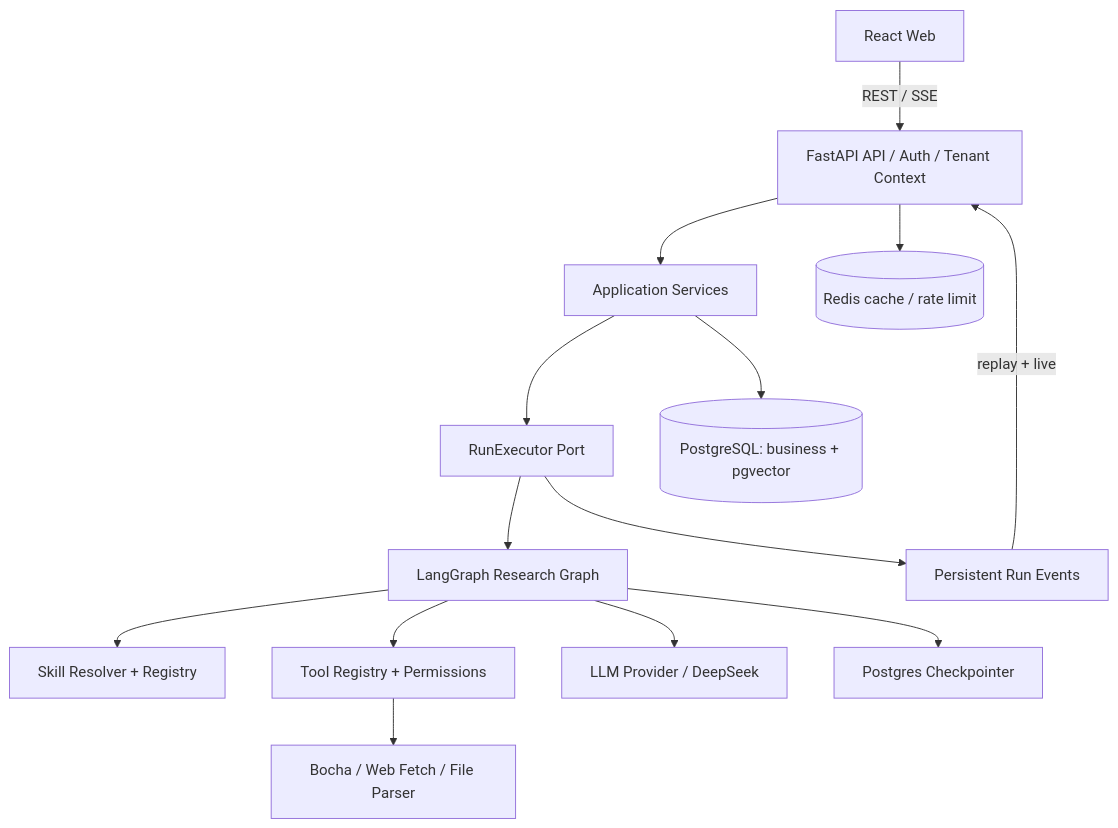
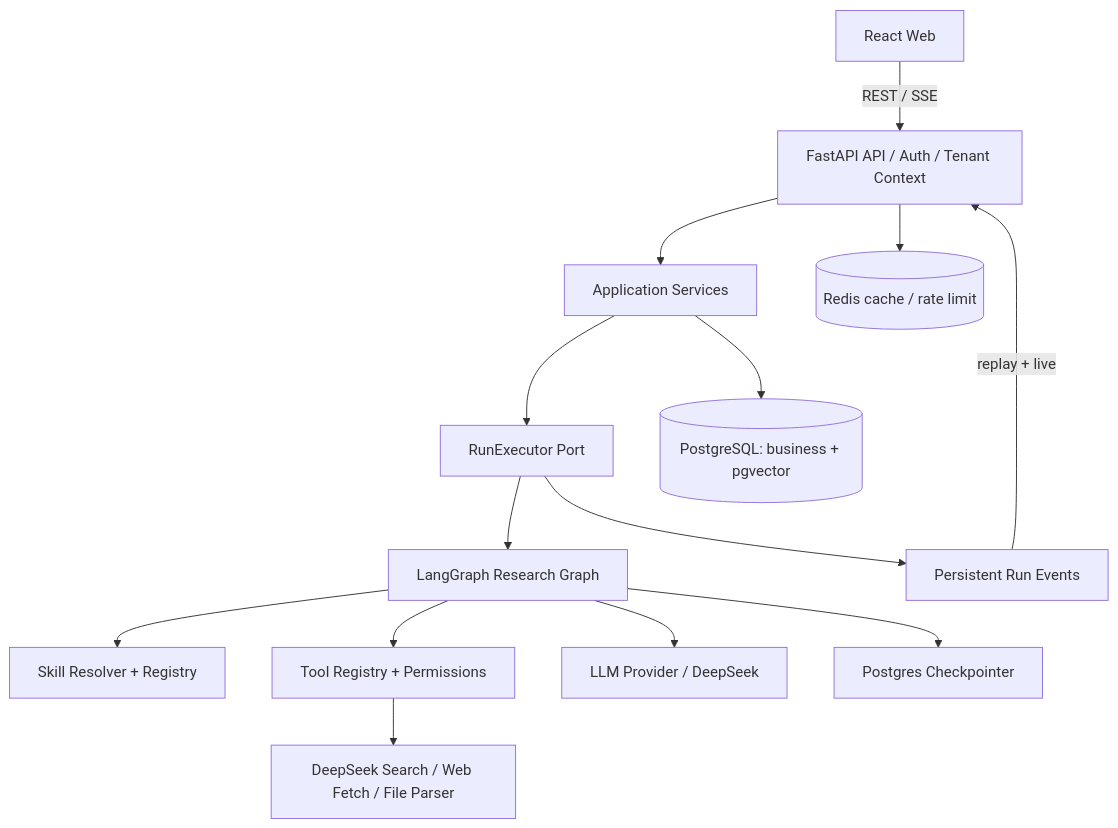
Before and after one commit to CoralGarden52/Spyglass: the first of 2 diagrams in TECHNICAL.md, drawn with Mermaid. The commit also changed other lines of this file and 44 other files, not shown here.

Commit message:
feat(search): replace Bocha with native DeepSeek search evidence

````diff
--- a/TECHNICAL.md
+++ b/TECHNICAL.md
@@ -23,16 +23,16 @@
 ```mermaid
 flowchart TB
   Web[React Web] -->|REST / SSE| API[FastAPI API / Auth / Tenant Context]
   API --> App[Application Services]
   App --> Exec[RunExecutor Port]
   Exec --> Graph[LangGraph Research Graph]
   Graph --> Skills[Skill Resolver + Registry]
   Graph --> Tools[Tool Registry + Permissions]
-  Tools --> Search[Bocha / Web Fetch / File Parser]
+  Tools --> Search[DeepSeek Search / Web Fetch / File Parser]
   Graph --> Model[LLM Provider / DeepSeek]
   Graph --> CK[Postgres Checkpointer]
   App --> DB[(PostgreSQL: business + pgvector)]
   Exec --> Events[Persistent Run Events]
   Events -->|replay + live| API
   API --> Redis[(Redis cache / rate limit)]
 ```
````
